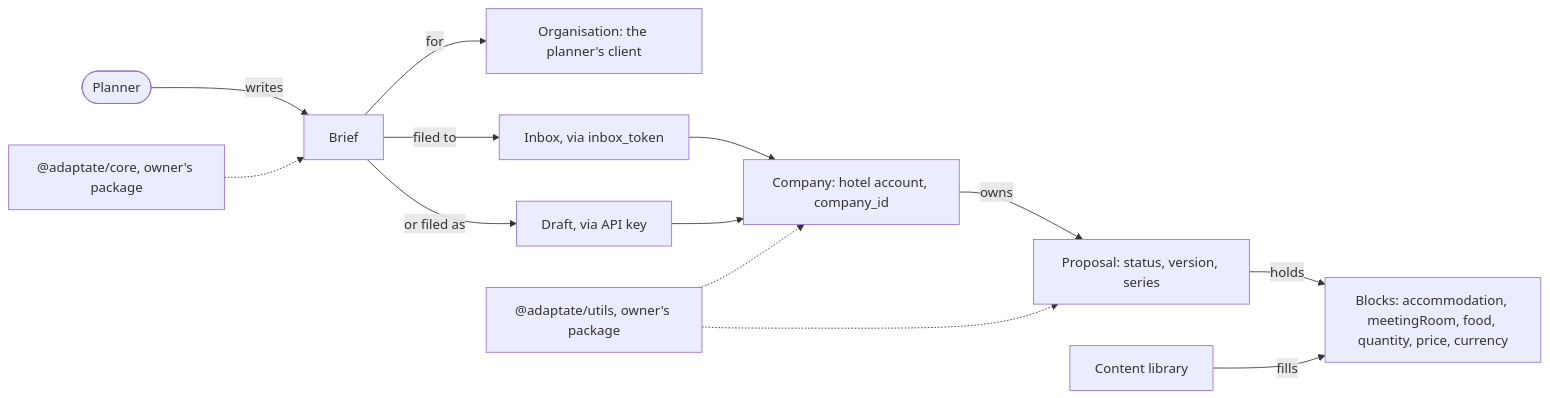
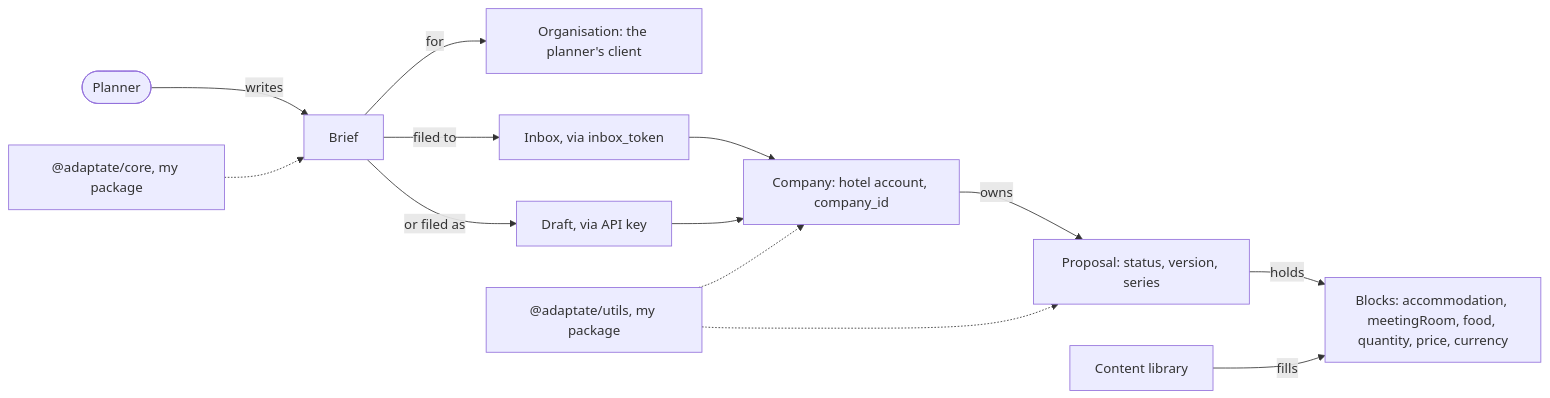
One commit to p10ns11y/proposales-planner-bench changed the second of 5 diagrams in notes/actualization.md. Above: the diagram before and after it, drawn with Mermaid. The commit also changed 4 other files, not shown here.

````diff
--- a/notes/actualization.md
+++ b/notes/actualization.md
@@ -29,15 +29,15 @@
 ```mermaid
 flowchart LR
   planner([Planner]) -->|writes| brief[Brief]
-  core["@adaptate/core, owner's package"] -.-> brief
+  core["@adaptate/core, my package"] -.-> brief
   brief -->|for| org["Organisation: the planner's client"]
   brief -->|filed to| inbox["Inbox, via inbox_token"]
   brief -->|or filed as| draft["Draft, via API key"]
   inbox --> company["Company: hotel account, company_id"]
   draft --> company
-  utils["@adaptate/utils, owner's package"] -.-> company
+  utils["@adaptate/utils, my package"] -.-> company
   company -->|owns| proposal["Proposal: status, version, series"]
   utils -.-> proposal
   proposal -->|holds| blocks["Blocks: accommodation, meetingRoom, food, quantity, price, currency"]
   library["Content library"] -->|fills| blocks
 ```
````
